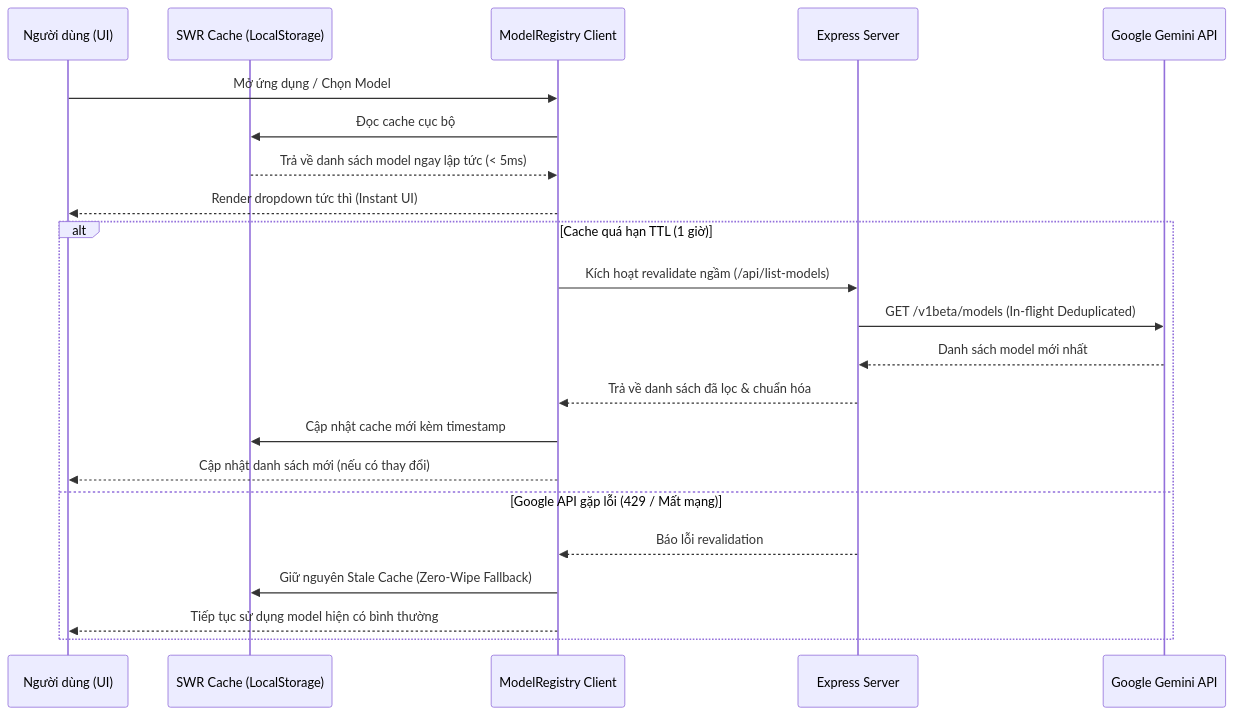
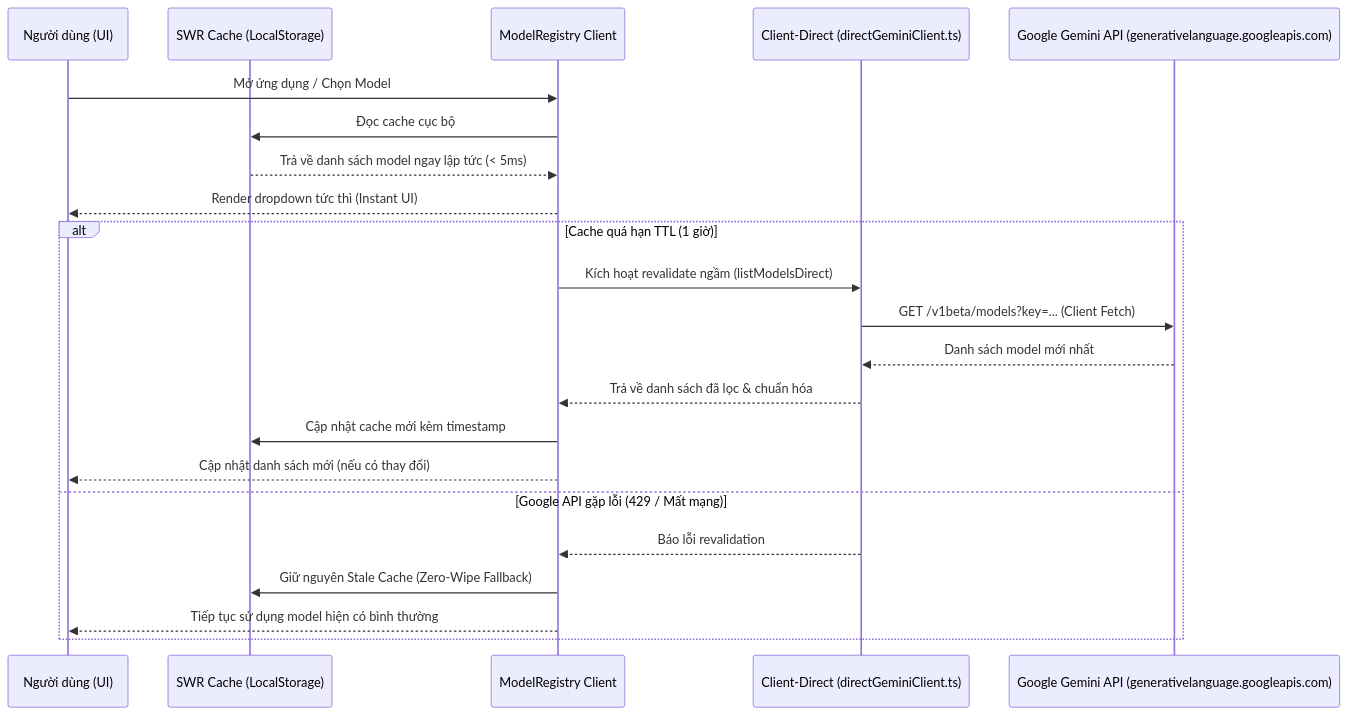
Before and after one commit to caoduongle/API_dich_truyen: the diagram in docs/model-system.md, drawn with Mermaid. The commit also changed other lines of this file and 26 other files, not shown here.

````diff
--- a/docs/model-system.md
+++ b/docs/model-system.md
@@ -26,26 +26,26 @@
 ```mermaid
 sequenceDiagram
     participant User as Người dùng (UI)
     participant Cache as SWR Cache (LocalStorage)
     participant Registry as ModelRegistry Client
-    participant Server as Express Server
-    participant Google as Google Gemini API
+    participant DirectClient as Client-Direct (directGeminiClient.ts)
+    participant Google as Google Gemini API (generativelanguage.googleapis.com)
 
     User->>Registry: Mở ứng dụng / Chọn Model
     Registry->>Cache: Đọc cache cục bộ
     Cache-->>Registry: Trả về danh sách model ngay lập tức (< 5ms)
     Registry-->>User: Render dropdown tức thì (Instant UI)
 
     alt Cache quá hạn TTL (1 giờ)
-        Registry->>Server: Kích hoạt revalidate ngầm (/api/list-models)
-        Server->>Google: GET /v1beta/models (In-flight Deduplicated)
-        Google-->>Server: Danh sách model mới nhất
-        Server-->>Registry: Trả về danh sách đã lọc & chuẩn hóa
+        Registry->>DirectClient: Kích hoạt revalidate ngầm (listModelsDirect)
+        DirectClient->>Google: GET /v1beta/models?key=... (Client Fetch)
+        Google-->>DirectClient: Danh sách model mới nhất
+        DirectClient-->>Registry: Trả về danh sách đã lọc & chuẩn hóa
         Registry->>Cache: Cập nhật cache mới kèm timestamp
         Registry-->>User: Cập nhật danh sách mới (nếu có thay đổi)
     else Google API gặp lỗi (429 / Mất mạng)
-        Server-->>Registry: Báo lỗi revalidation
+        DirectClient-->>Registry: Báo lỗi revalidation
         Registry->>Cache: Giữ nguyên Stale Cache (Zero-Wipe Fallback)
         Registry-->>User: Tiếp tục sử dụng model hiện có bình thường
     end
 ```
````
